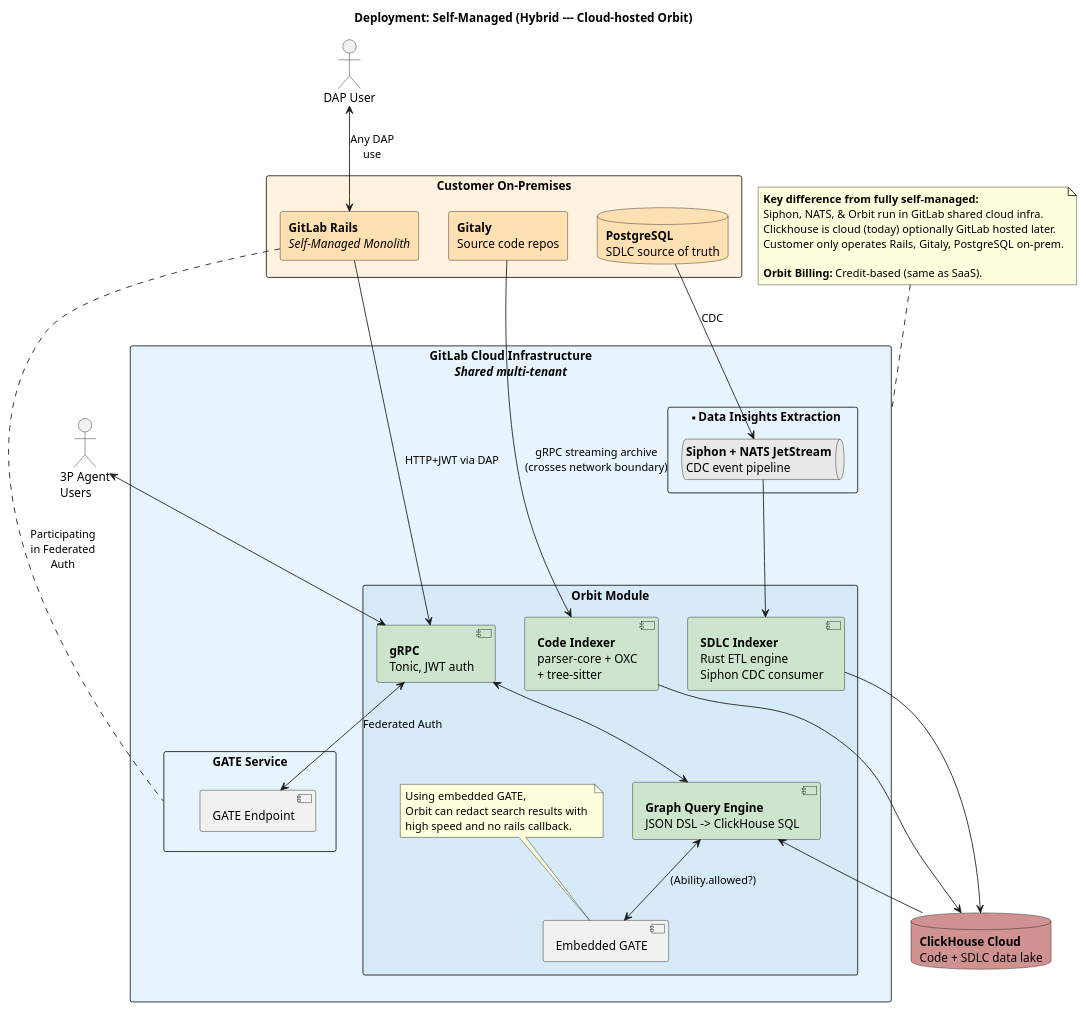
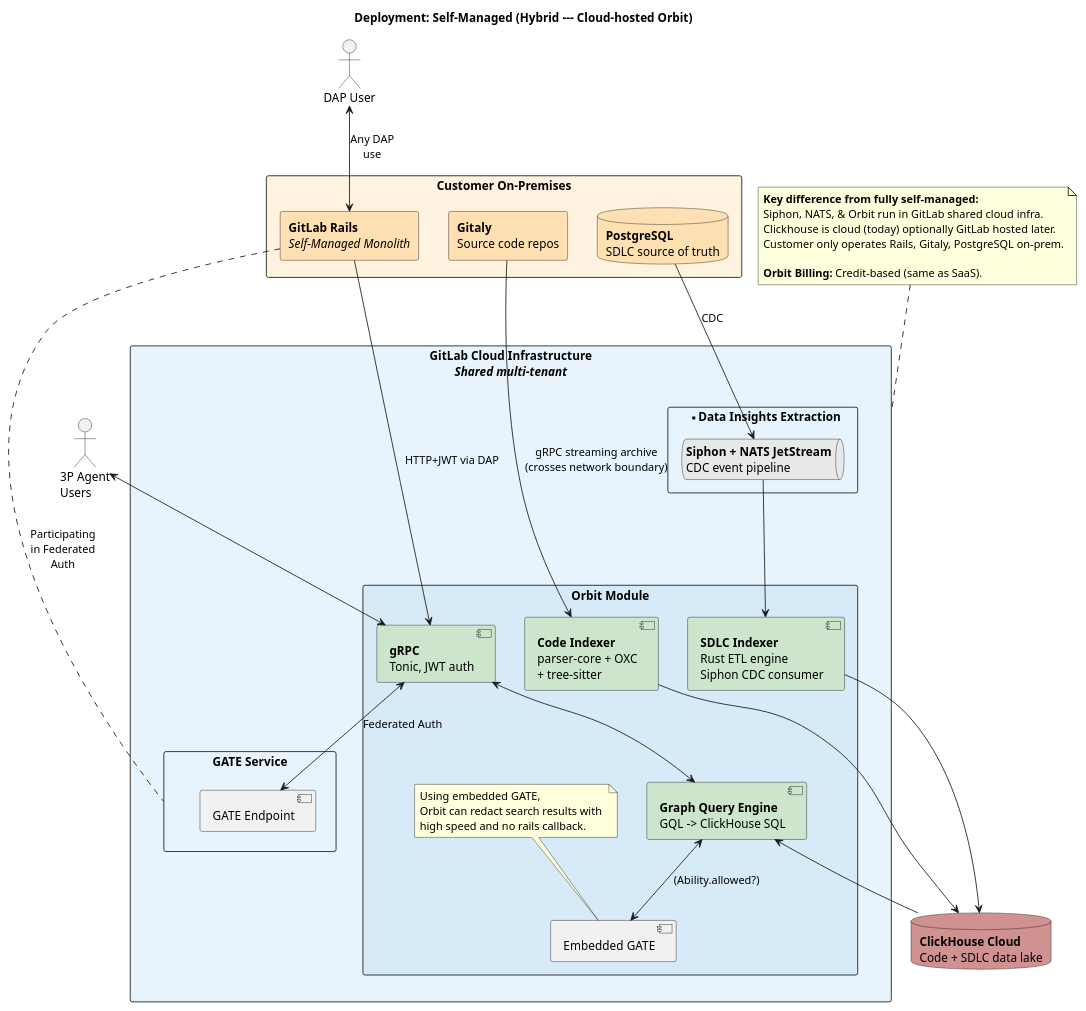
Before and after one commit to gitlabhq/orbit-knowledge-graph: the diagram in docs/design_review/puml/orbit_deploy_selfmanaged_hybrid.puml, drawn with PlantUML. The commit also changed 21 other files, not shown here.

Commit message:
chore(query): finish JSON Query DSL cleanup in tests, docs, and proto comments

```diff
--- a/docs/design_review/puml/orbit_deploy_selfmanaged_hybrid.puml
+++ b/docs/design_review/puml/orbit_deploy_selfmanaged_hybrid.puml
@@ -1,92 +1,92 @@
 @startuml orbit_deploy_selfmanaged_hybrid
 
 title Deployment: Self-Managed (Hybrid --- Cloud-hosted Orbit)
 
 ' ===================================================================
 ' HYBRID SELF-MANAGED: Orbit runs in GitLab shared cloud infra,
 ' customer monolith remains on-prem
 ' ===================================================================
 
 
 actor "3P Agent\nUsers" as 3p_agents
 actor "DAP User" as dap_user
 ' --- Cloud boundary (shared GitLab infra) ---
 rectangle "**GitLab Cloud Infrastructure**\n//Shared multi-tenant//" as cloud #E8F4FD {
 
   rectangle "**Orbit Module**" as module_cloud #D6EAF8 {
     component "**SDLC Indexer**\nRust ETL engine\nSiphon CDC consumer" as sdlc_idx_h #CCE5CC
     component "**Code Indexer**\nparser-core + OXC\n+ tree-sitter" as code_idx_h #CCE5CC
-    component "**Graph Query Engine**\nJSON DSL -> ClickHouse SQL" as query_eng_h #CCE5CC
+    component "**Graph Query Engine**\nGQL -> ClickHouse SQL" as query_eng_h #CCE5CC
     component "**gRPC**\nTonic, JWT auth" as http_srv_h #CCE5CC
     component "Embedded GATE" as gate
 
     note as gate_note 
       Using embedded GATE,
       Orbit can redact search results with 
       high speed and no rails callback.
     end note
 
     gate_note .. gate
   }
   
   rectangle "**Data Insights Extraction" as data_extraction {
     queue "**Siphon + NATS JetStream**\nCDC event pipeline" as nats_h #E8E8E8
   }
   rectangle "GATE Service" as gate_service {
     component "GATE Endpoint" as gate_endpoint
   }
 
   
 }
 
 database "**ClickHouse Cloud**\nCode + SDLC data lake" as ch #d09191
 
 ' --- Customer on-prem boundary ---
 rectangle "**Customer On-Premises**" as onprem #FFF3E0 {
   rectangle "**GitLab Rails**\n//Self-Managed Monolith//" as rails_h #FFE0B2
   rectangle "**Gitaly**\nSource code repos" as gitaly_h #FFE0B2
   database "**PostgreSQL**\nSDLC source of truth" as pg_h #FFE0B2
   
 }
 ' ===================================================================
 ' CONNECTIONS
 ' ===================================================================
 
 ' Ingestion --- crosses network boundary
 pg_h --> nats_h : CDC 
 nats_h --> sdlc_idx_h 
 gitaly_h --> code_idx_h : gRPC streaming archive\n(crosses network boundary)
 
 ' Data writes
 sdlc_idx_h --> ch
 code_idx_h --> ch
 query_eng_h <-- ch 
 
 ' Auth --- the critical callback
 query_eng_h <--> gate : (Ability.allowed?)
 
 ' Rails integration
 rails_h --> http_srv_h : HTTP+JWT via DAP
 
 ' Internal routing
 http_srv_h <--> query_eng_h
 http_srv_h <--> gate_endpoint: Federated Auth
 rails_h .. gate_service: Participating\nin Federated\nAuth
 
 dap_user <--> rails_h: Any DAP\nuse
 3p_agents <--> http_srv_h
 
 note as cloud_note
   **Key difference from fully self-managed:**
   Siphon, NATS, & Orbit run in GitLab shared cloud infra.
   Clickhouse is cloud (today) optionally GitLab hosted later.
   Customer only operates Rails, Gitaly, PostgreSQL on-prem.
 
   **Orbit Billing:** Credit-based (same as SaaS).
 end note
 
 cloud_note .. cloud
 
 
 
 @enduml
```
